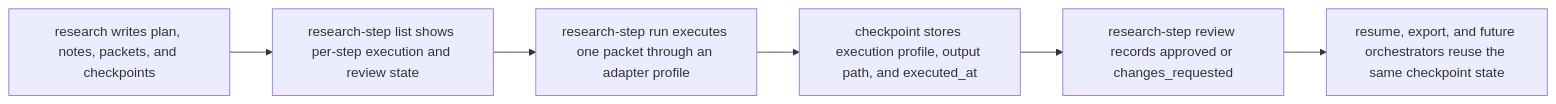
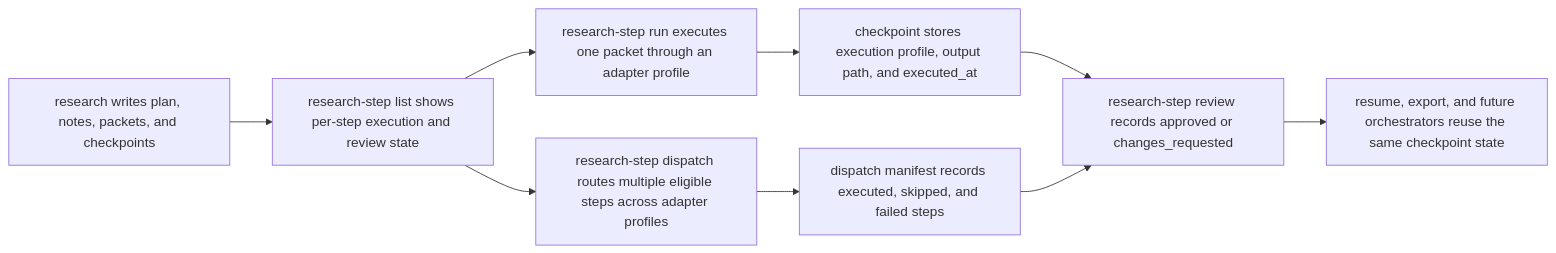
Before and after one commit to shrijacked/Cognisync: the third of 3 diagrams in docs/operator-workflows.md, drawn with Mermaid. The commit also changed other lines of this file and 5 other files, not shown here.

Commit message:
feat: add routed research step dispatch

````diff
--- a/docs/operator-workflows.md
+++ b/docs/operator-workflows.md
@@ -700,8 +702,11 @@
 ```mermaid
 flowchart LR
     A["research writes plan, notes, packets, and checkpoints"] --> B["research-step list shows per-step execution and review state"]
     B --> C["research-step run executes one packet through an adapter profile"]
+    B --> C2["research-step dispatch routes multiple eligible steps across adapter profiles"]
     C --> D["checkpoint stores execution profile, output path, and executed_at"]
+    C2 --> D2["dispatch manifest records executed, skipped, and failed steps"]
     D --> E["research-step review records approved or changes_requested"]
+    D2 --> E
     E --> F["resume, export, and future orchestrators reuse the same checkpoint state"]
 ```
````
